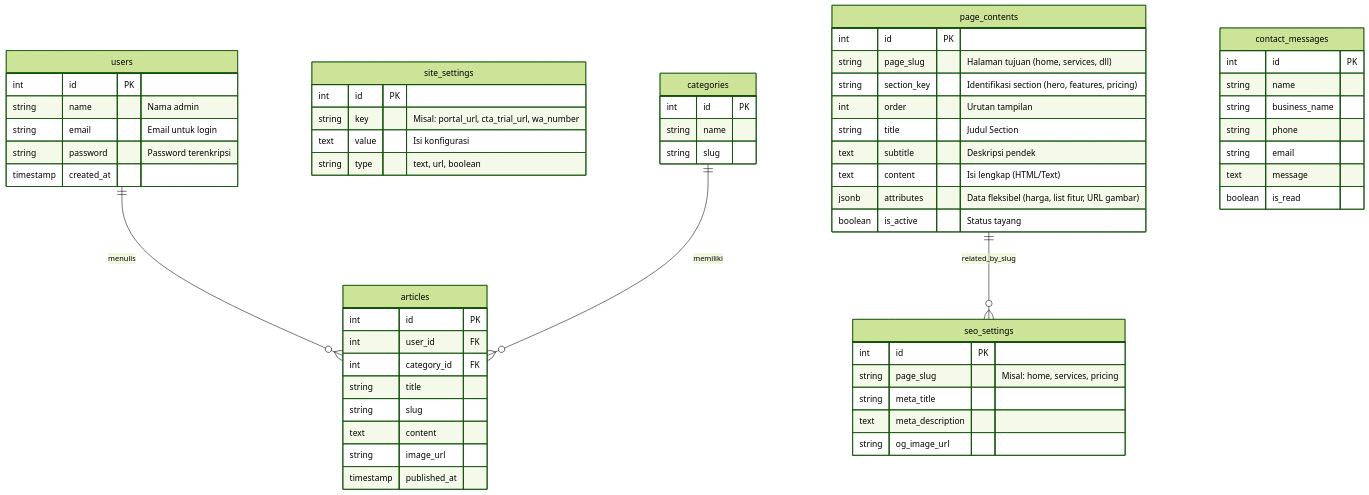
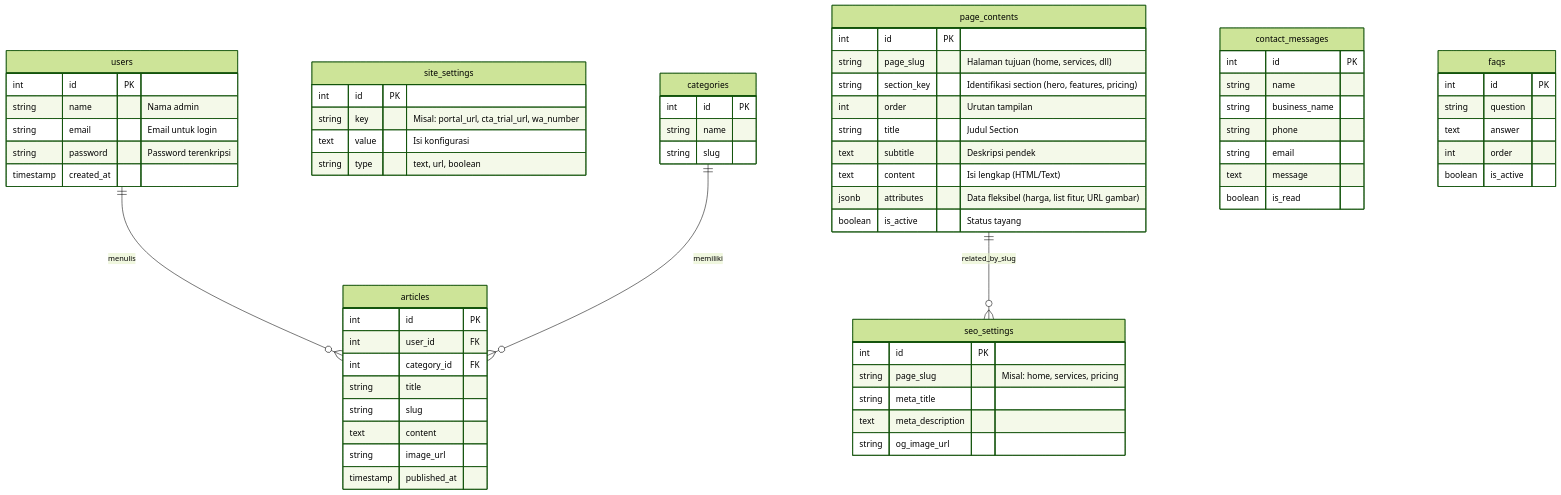
The second of 2 diagrams in prd.md (whykrr/sollu-website), drawn with Mermaid (forest theme) before and after one commit. The commit also changed other lines of this file and 10 other files, not shown here.

````diff
--- a/prd.md
+++ b/prd.md
@@ -87,68 +91,76 @@
 ```mermaid
 erDiagram
     users {
         int id PK
         string name "Nama admin"
         string email "Email untuk login"
         string password "Password terenkripsi"
         timestamp created_at
     }
 
     site_settings {
         int id PK
         string key "Misal: portal_url, cta_trial_url, wa_number"
         text value "Isi konfigurasi"
         string type "text, url, boolean"
     }
 
     seo_settings {
         int id PK
         string page_slug "Misal: home, services, pricing"
         string meta_title
         text meta_description
         string og_image_url
     }
 
     page_contents {
         int id PK
         string page_slug "Halaman tujuan (home, services, dll)"
         string section_key "Identifikasi section (hero, features, pricing)"
         int order "Urutan tampilan"
         string title "Judul Section"
         text subtitle "Deskripsi pendek"
         text content "Isi lengkap (HTML/Text)"
         jsonb attributes "Data fleksibel (harga, list fitur, URL gambar)"
         boolean is_active "Status tayang"
     }
 
     categories {
         int id PK
         string name
         string slug
     }
 
     articles {
         int id PK
         int user_id FK
         int category_id FK
         string title
         string slug
         text content
         string image_url
         timestamp published_at
     }
 
     contact_messages {
         int id PK
         string name
         string business_name
         string phone
         string email
         text message
         boolean is_read
     }
 
+    faqs {
+        int id PK
+        string question
+        text answer
+        int order
+        boolean is_active
+    }
+
     users ||--o{ articles : "menulis"
     categories ||--o{ articles : "memiliki"
     page_contents ||--o{ seo_settings : "related_by_slug"
 ```
````
